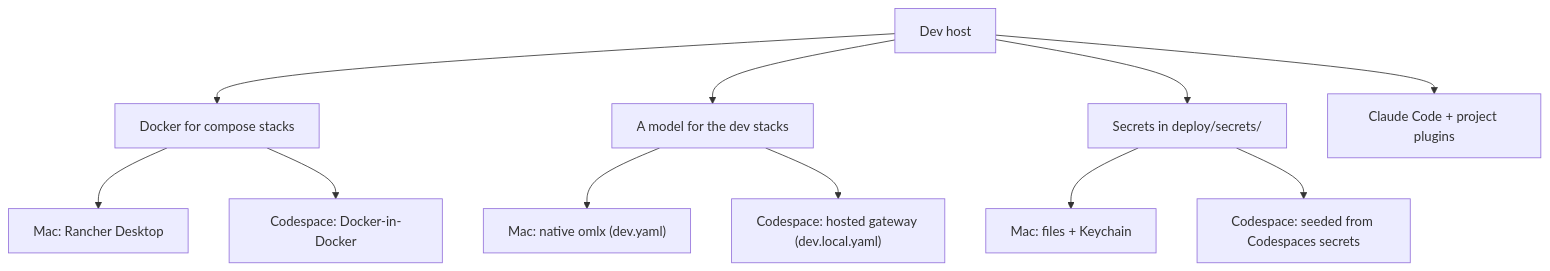
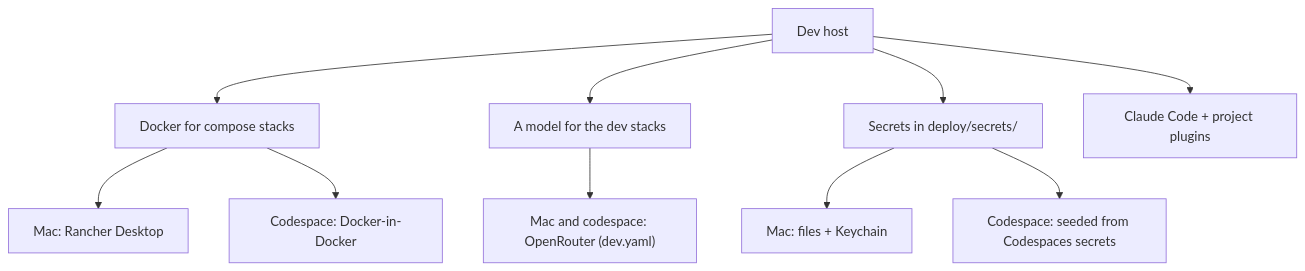
The diagram in specs/changes/codespaces-dev/domain.md (tillg/karpathy.app), drawn with Mermaid before and after one commit. The commit also changed other lines of this file and 8 other files, not shown here.

First line of the commit message:
codespaces-dev: always OpenRouter, no omlx overlay

````diff
--- a/specs/changes/codespaces-dev/domain.md
+++ b/specs/changes/codespaces-dev/domain.md
@@ -25,13 +25,12 @@
 ```mermaid
 flowchart TB
   DH[Dev host] --> DK[Docker for compose stacks]
   DH --> M[A model for the dev stacks]
   DH --> SE[Secrets in deploy/secrets/]
   DH --> CL[Claude Code + project plugins]
-  M --> MAC["Mac: native omlx (dev.yaml)"]
-  M --> CSM["Codespace: hosted gateway (dev.local.yaml)"]
+  M --> OR["Mac and codespace: OpenRouter (dev.yaml)"]
   DK --> RD[Mac: Rancher Desktop]
   DK --> DinD[Codespace: Docker-in-Docker]
   SE --> KC[Mac: files + Keychain]
   SE --> CSS[Codespace: seeded from Codespaces secrets]
 ```
````
